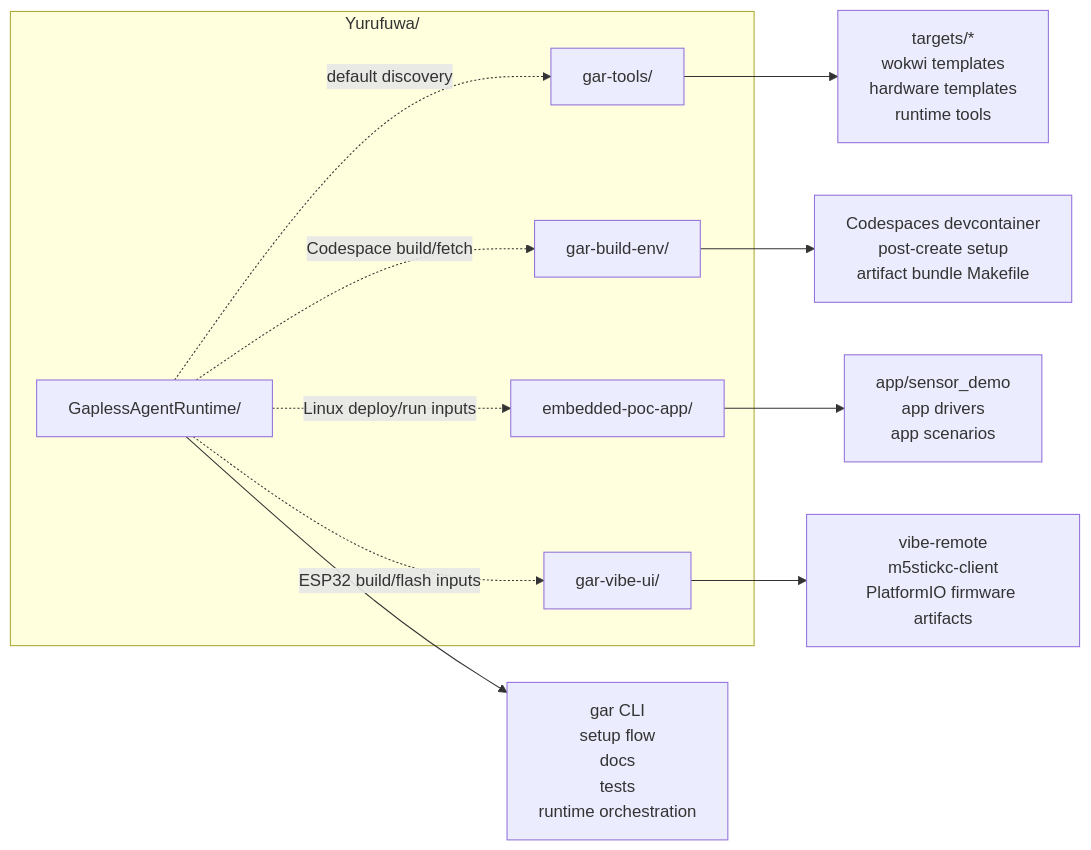
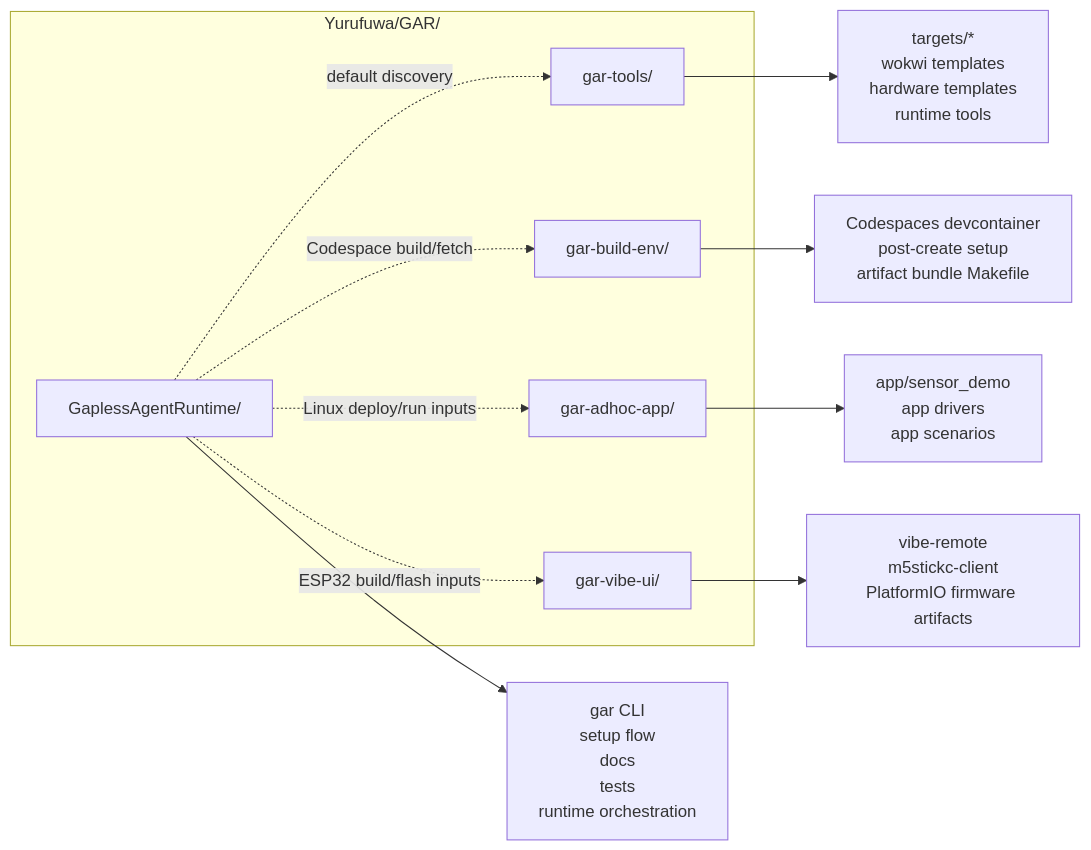
Before and after one commit to ThousandsOfTies/AgentCockpit: the second of 6 diagrams in docs/08_REPOSITORY_LAYOUT.md, drawn with Mermaid. The commit also changed other lines of this file and 91 other files, not shown here.

````diff
--- a/docs/08_REPOSITORY_LAYOUT.md
+++ b/docs/08_REPOSITORY_LAYOUT.md
@@ -241,21 +274,21 @@
 ```mermaid
 flowchart LR
-  subgraph Workspace["Yurufuwa/"]
+  subgraph Workspace["Yurufuwa/GAR/"]
     GAR["GaplessAgentRuntime/"]
     Tools["gar-tools/"]
     BuildEnv["gar-build-env/"]
-    LinuxApp["embedded-poc-app/"]
+    LinuxApp["gar-adhoc-app/"]
     M5App["gar-vibe-ui/"]
   end
 
   GAR --> GARFiles["gar CLI\nsetup flow\ndocs\ntests\nruntime orchestration"]
   Tools --> ToolFiles["targets/*\nwokwi templates\nhardware templates\nruntime tools"]
   BuildEnv --> BuildFiles["Codespaces devcontainer\npost-create setup\nartifact bundle Makefile"]
   LinuxApp --> LinuxAppFiles["app/sensor_demo\napp drivers\napp scenarios"]
   M5App --> M5AppFiles["vibe-remote\nm5stickc-client\nPlatformIO firmware artifacts"]
 
   GAR -. "default discovery" .-> Tools
   GAR -. "Codespace build/fetch" .-> BuildEnv
   GAR -. "Linux deploy/run inputs" .-> LinuxApp
   GAR -. "ESP32 build/flash inputs" .-> M5App
 ```
````
